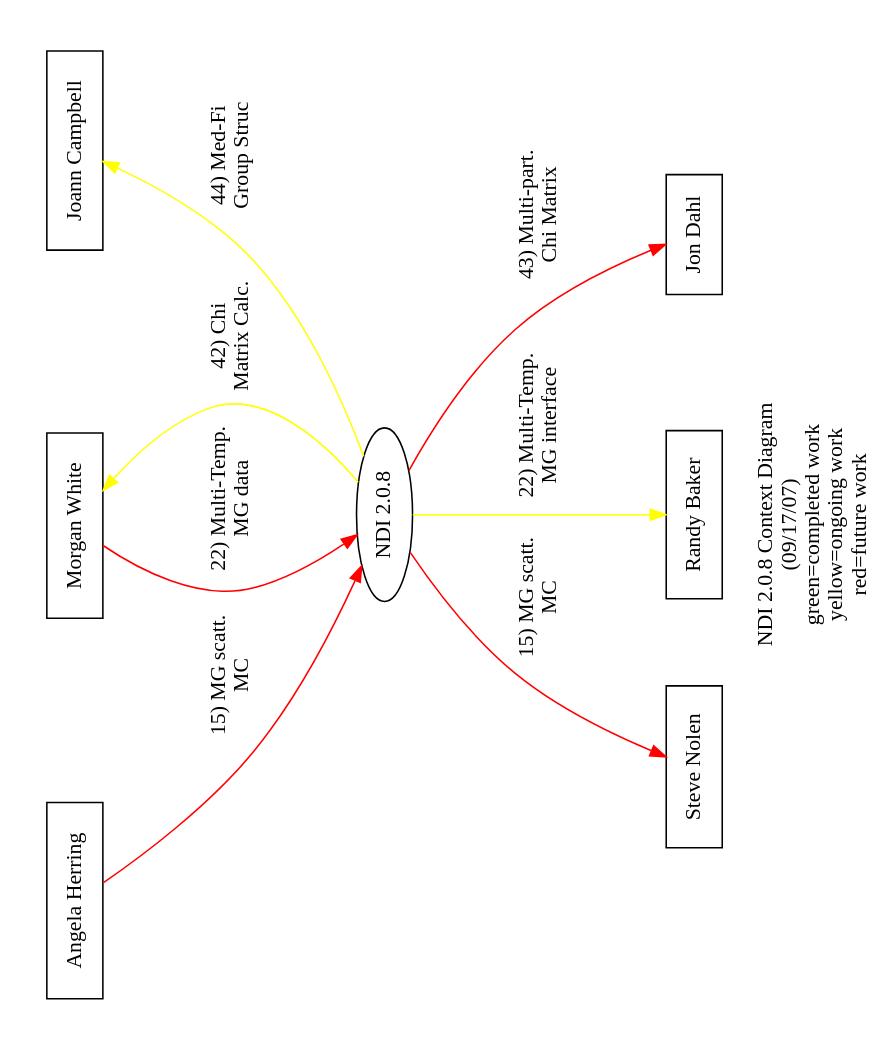
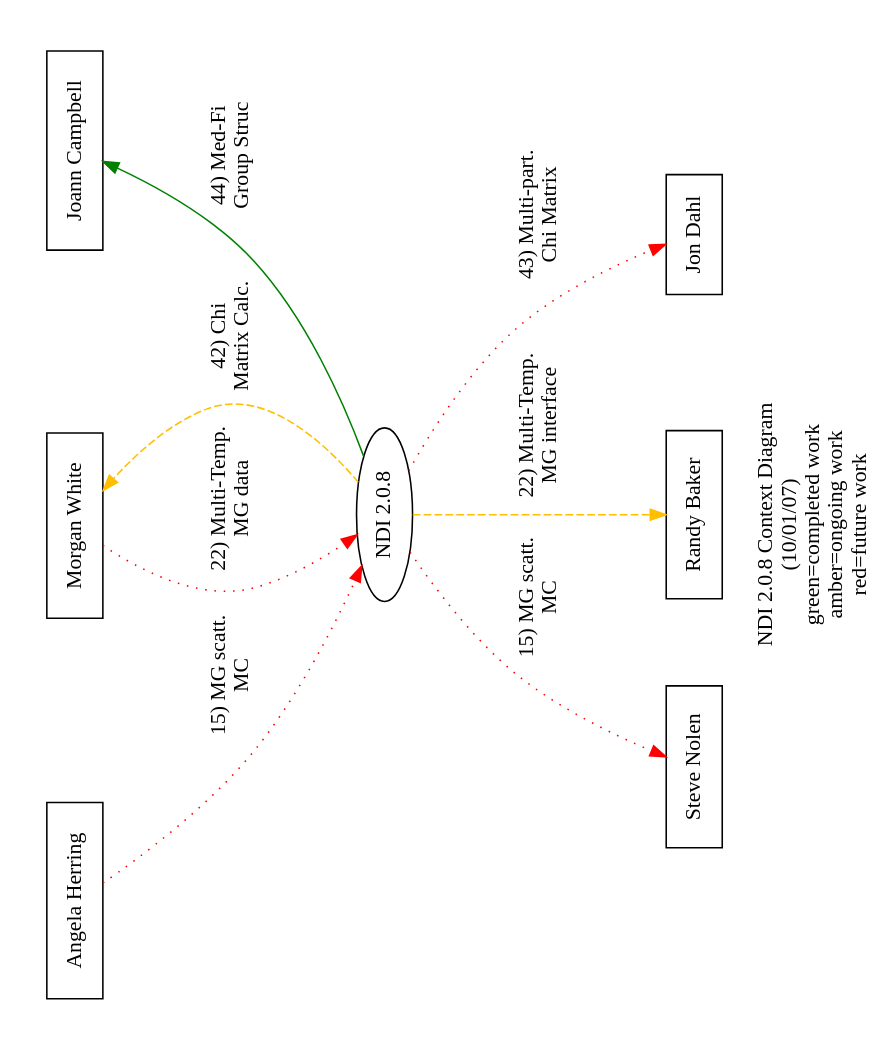
One commit to lanl/ndi changed the diagram in doc/reqt/context_2.0.8.dot. Above: the diagram before and after it, drawn with Graphviz. The commit also changed 1 other file, not shown here.

```diff
--- a/doc/reqt/context_2.0.8.dot
+++ b/doc/reqt/context_2.0.8.dot
@@ -1,35 +1,40 @@
 digraph ndi {
 	rotate=90;
 	page="8.5, 11";
 	size="9, 6.5";
 	center=1;
 	ratio=fill;	
-	label="NDI 2.0.8 Context Diagram\n(09/17/07)\ngreen=completed work\nyellow=ongoing work\nred=future work";
+	label="NDI 2.0.8 Context Diagram\n(10/01/07)\ngreen=completed work\namber=ongoing work\nred=future work";
 	node[shape="box"];
 
 	/* stakeholders */
 	drnuke[label="Steve Nolen"];
 	angelah[label="Angela Herring"];
 	morgan[label="Morgan White"];
 	jomc[label="Joann Campbell"];
 	rsb[label="Randy Baker"];
 	dahl[label="Jon Dahl"];
 
 	/* requirements */
 	ndi[label="NDI 2.0.8", shape="ellipse"];
 	
-	angelah -> ndi[label="15) MG scatt.\nMC", color=red];
-	ndi -> drnuke[label="15) MG scatt.\nMC", color=red];
+	angelah -> ndi[label="15) MG scatt.\nMC", style=dotted, color=red];
+	ndi -> drnuke[label="15) MG scatt.\nMC", style=dotted, color=red];
 
-	morgan -> ndi[label="22) Multi-Temp.\n MG data", color=red];
-	ndi -> rsb[label="22) Multi-Temp.\nMG interface", color=yellow];
+	morgan -> ndi[label="22) Multi-Temp.\n MG data",
+	style=dotted, color=red];
+	ndi -> rsb[label="22) Multi-Temp.\nMG interface",
+	style=dashed, color="#FFBF00"];
 
-	ndi -> morgan[label="42) Chi\nMatrix Calc.", color=yellow];
+	ndi -> morgan[label="42) Chi\nMatrix Calc.", style=dashed,
+	color="#FFBF00" ];
 
-	ndi -> dahl[label="43) Multi-part.\nChi Matrix", color=red];
+	ndi -> dahl[label="43) Multi-part.\nChi Matrix", style=dotted,
+	color=red];
 
-	ndi-> jomc[label="44) Med-Fi\nGroup Struc", color=yellow];
+	ndi-> jomc[label="44) Med-Fi\nGroup Struc", style=solid,
+	color=green ];
 
 	{rank=min; angelah; morgan; jomc}
 	{rank=max; drnuke; rsb; dahl}
 }
```
